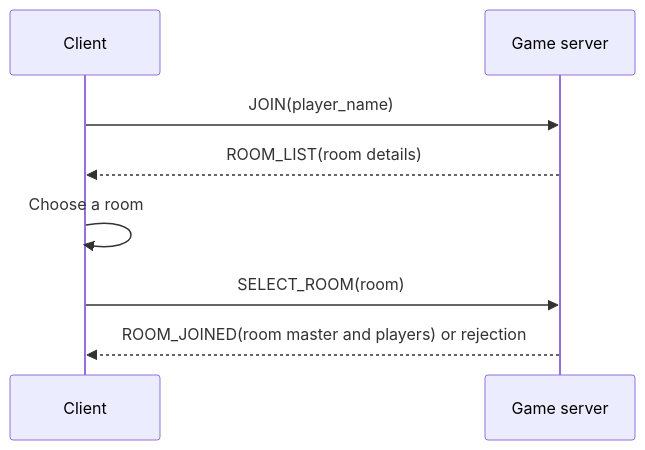
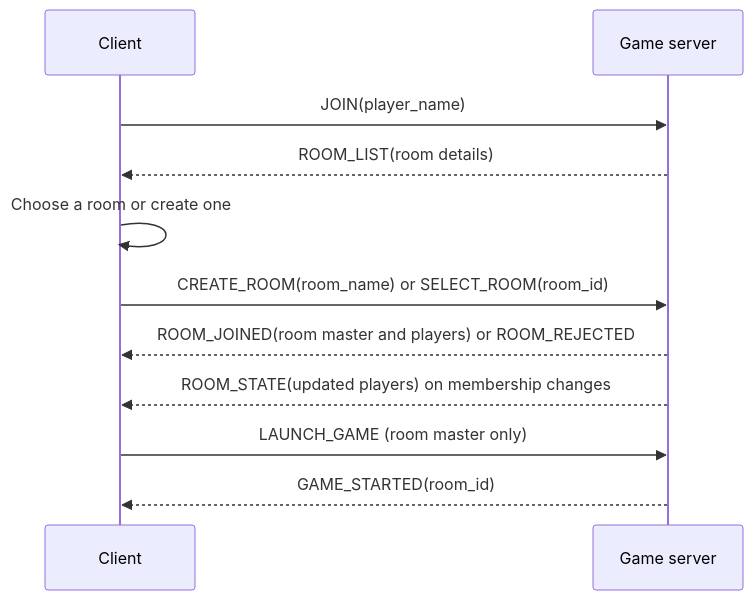
One commit to Haj-Dev/R-Type changed the fourth of 5 diagrams in docs/server_system.md. Above: the diagram before and after it, drawn with Mermaid. The commit also changed other lines of this file and 24 other files, not shown here.

````diff
--- a/docs/server_system.md
+++ b/docs/server_system.md
@@ -171,11 +173,14 @@
 ```mermaid
 sequenceDiagram
     participant C as Client
     participant G as Game server
 
     C->>G: JOIN(player_name)
     G-->>C: ROOM_LIST(room details)
-    C->>C: Choose a room
-    C->>G: SELECT_ROOM(room)
-    G-->>C: ROOM_JOINED(room master and players) or rejection
+    C->>C: Choose a room or create one
+    C->>G: CREATE_ROOM(room_name) or SELECT_ROOM(room_id)
+    G-->>C: ROOM_JOINED(room master and players) or ROOM_REJECTED
+    G-->>C: ROOM_STATE(updated players) on membership changes
+    C->>G: LAUNCH_GAME (room master only)
+    G-->>C: GAME_STARTED(room_id)
 ```
````
